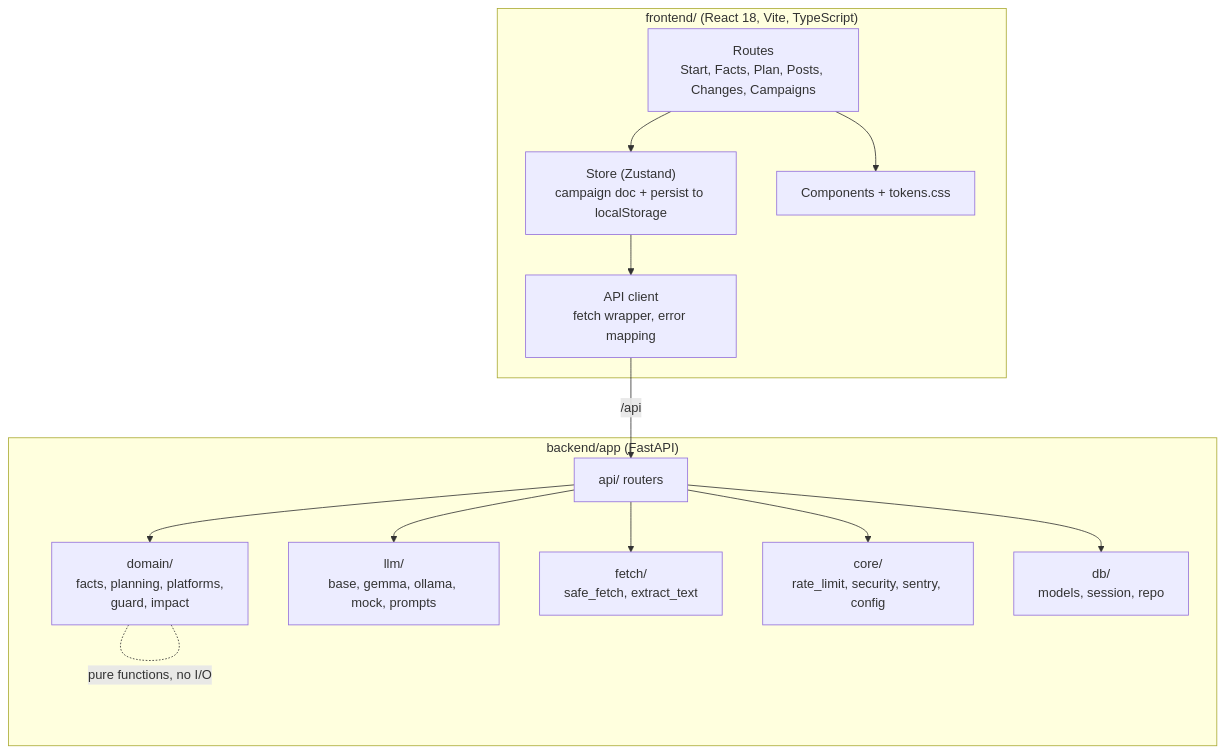
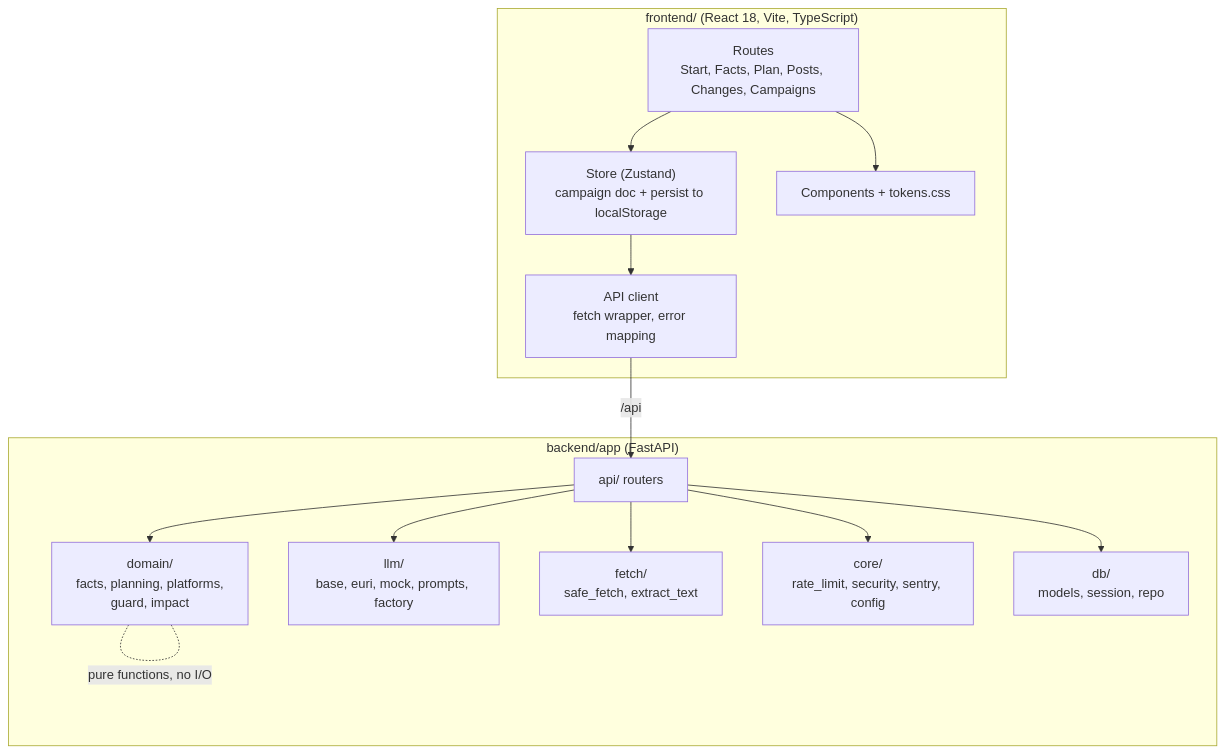
Before and after one commit to SamChawla/campaory: the second of 7 diagrams in docs/ARCHITECTURE.md, drawn with Mermaid. The commit also changed other lines of this file and 4 other files, not shown here.

````diff
--- a/docs/ARCHITECTURE.md
+++ b/docs/ARCHITECTURE.md
@@ -40,28 +40,28 @@
 ```mermaid
 flowchart TB
     subgraph SPA["frontend/ (React 18, Vite, TypeScript)"]
         R["Routes<br/>Start, Facts, Plan, Posts, Changes, Campaigns"]
         ST["Store (Zustand)<br/>campaign doc + persist to localStorage"]
         AC["API client<br/>fetch wrapper, error mapping"]
         UI["Components + tokens.css"]
         R --> ST --> AC
         R --> UI
     end
 
     subgraph APIAPP["backend/app (FastAPI)"]
         RT["api/ routers"]
         DOM["domain/<br/>facts, planning, platforms,<br/>guard, impact"]
-        LLMX["llm/<br/>base, gemma, ollama, mock, prompts"]
+        LLMX["llm/<br/>base, euri, mock, prompts, factory"]
         FET["fetch/<br/>safe_fetch, extract_text"]
         CORE["core/<br/>rate_limit, security, sentry, config"]
         REPO["db/<br/>models, session, repo"]
         RT --> DOM
         RT --> LLMX
         RT --> FET
         RT --> CORE
         RT --> REPO
         DOM -. "pure functions, no I/O" .- DOM
     end
 
     AC -- "/api" --> RT
 ```
````
